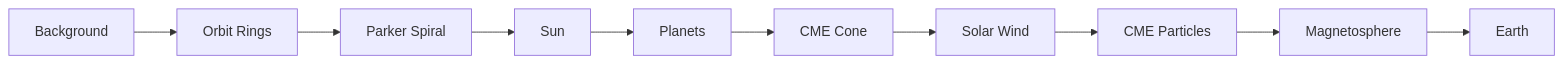
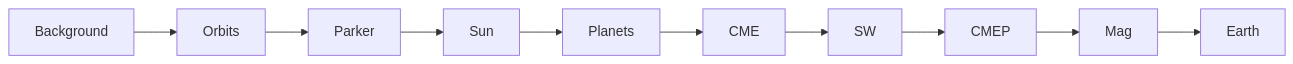
The second of 3 diagrams in README.md (CTRLD3FEAT/Heliophon), drawn with Mermaid before and after one commit. The commit also changed other lines of this file, not shown here.

First line of the commit message:
docs: simplify Mermaid diagrams to fit single window

````diff
--- a/README.md
+++ b/README.md
@@ -73,12 +70,4 @@
 ```mermaid
 flowchart LR
-    BG[Background] --> Orbits[Orbit Rings]
-    Orbits --> Parker[Parker Spiral]
-    Parker --> Sun[Sun]
-    Sun --> Planets[Planets]
-    Planets --> CME[CME Cone]
-    CME --> SW[Solar Wind]
-    SW --> CMEP[CME Particles]
-    CMEP --> Mag[Magnetosphere]
-    Mag --> Earth[Earth]
+    BG[Background] --> Orbits --> Parker --> Sun --> Planets --> CME --> SW --> CMEP --> Mag --> Earth[Earth]
 ```
````
